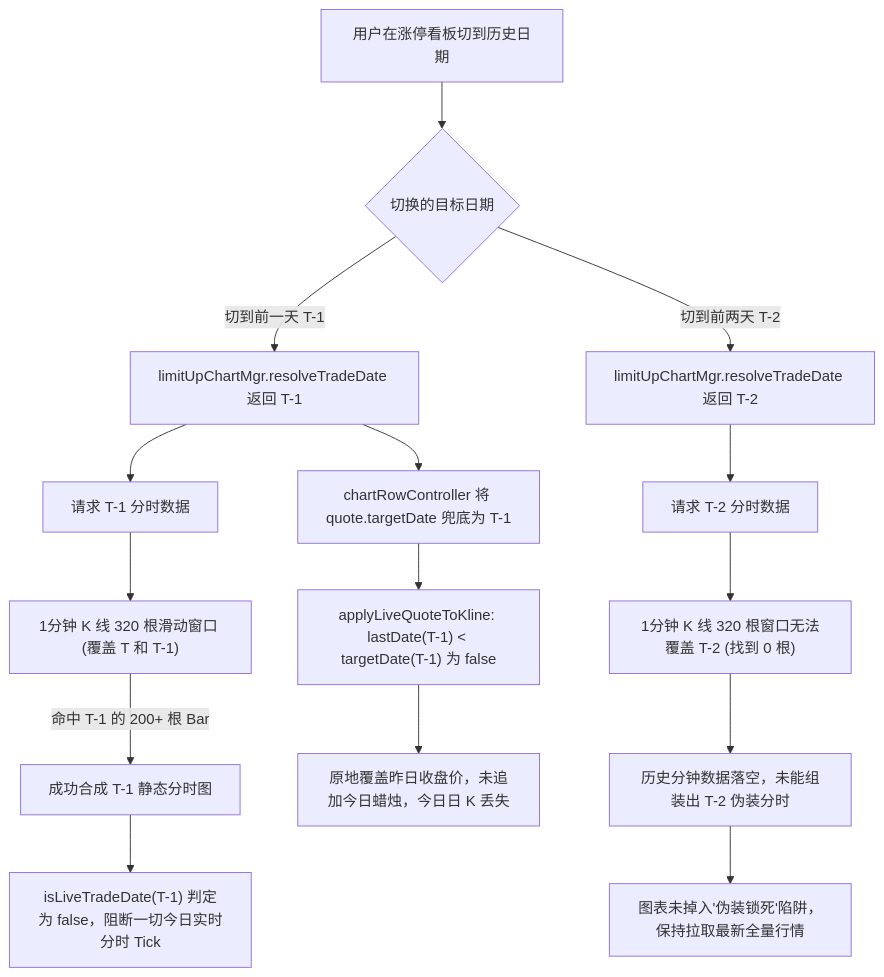
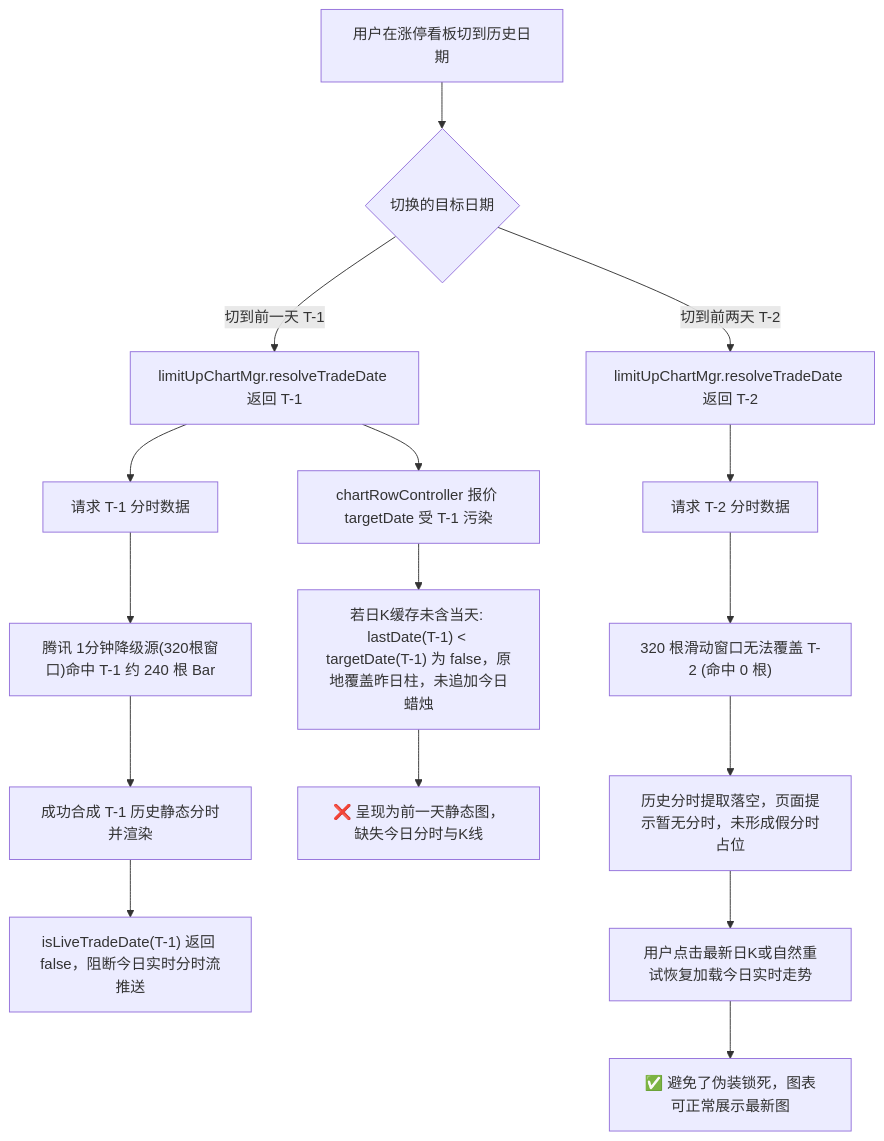
The diagram in docs/handoff/2026-09-14-limit-up-chart-date-flip-investigation-and-resolution-handoff.md (SeptYagu/market-voice-alert), drawn with Mermaid before and after one commit. The commit also changed other lines of this file, not shown here.

Commit message:
docs(handoff): 修订涨停看板图表切日期根因分析（消除日K时序矛盾与数据源上限表述）

````diff
--- a/docs/handoff/2026-09-14-limit-up-chart-date-flip-investigation-and-resolution-handoff.md
+++ b/docs/handoff/2026-09-14-limit-up-chart-date-flip-investigation-and-resolution-handoff.md
@@ -16,19 +16,20 @@
 ```mermaid
 flowchart TD
     A["用户在涨停看板切到历史日期"] --> B{"切换的目标日期"}
     B -->|切到前一天 T-1| C["limitUpChartMgr.resolveTradeDate 返回 T-1"]
     B -->|切到前两天 T-2| D["limitUpChartMgr.resolveTradeDate 返回 T-2"]
     
     C --> E["请求 T-1 分时数据"]
-    E --> F["1分钟 K 线 320 根滑动窗口 (覆盖 T 和 T-1)"]
-    F -->|命中 T-1 的 200+ 根 Bar| G["成功合成 T-1 静态分时图"]
-    G --> H["isLiveTradeDate(T-1) 判定为 false，阻断一切今日实时分时 Tick"]
-    C --> I["chartRowController 将 quote.targetDate 兜底为 T-1"]
-    I --> J["applyLiveQuoteToKline: lastDate(T-1) < targetDate(T-1) 为 false"]
-    J --> K["原地覆盖昨日收盘价，未追加今日蜡烛，今日日 K 丢失"]
-    
+    E --> F["腾讯 1分钟降级源(320根窗口)命中 T-1 约 240 根 Bar"]
+    F --> G["成功合成 T-1 历史静态分时并渲染"]
+    G --> H["isLiveTradeDate(T-1) 返回 false，阻断今日实时分时流推送"]
+    C --> I["chartRowController 报价 targetDate 受 T-1 污染"]
+    I --> J["若日K缓存未含当天: lastDate(T-1) < targetDate(T-1) 为 false，原地覆盖昨日柱，未追加今日蜡烛"]
+    J --> K["❌ 呈现为前一天静态图，缺失今日分时与K线"]
+
     D --> L["请求 T-2 分时数据"]
-    L --> M["1分钟 K 线 320 根窗口无法覆盖 T-2 (找到 0 根)"]
-    M --> N["历史分钟数据落空，未能组装出 T-2 伪装分时"]
-    N --> O["图表未掉入'伪装锁死'陷阱，保持拉取最新全量行情"]
+    L --> M["320 根滑动窗口无法覆盖 T-2 (命中 0 根)"]
+    M --> N["历史分时提取落空，页面提示暂无分时，未形成假分时占位"]
+    N --> O["用户点击最新日K或自然重试恢复加载今日实时走势"]
+    O --> P["✅ 避免了伪装锁死，图表可正常展示最新图"]
 ```
````
